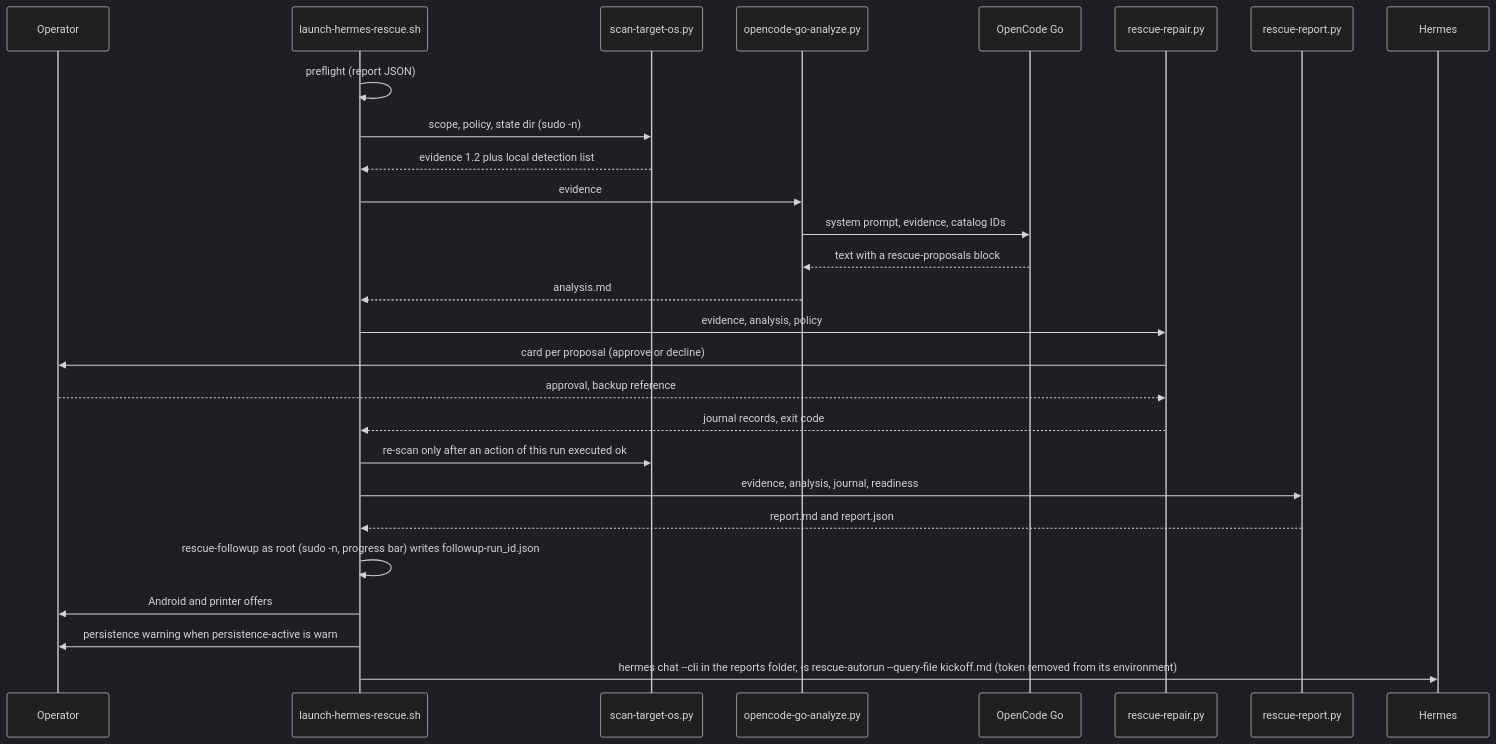
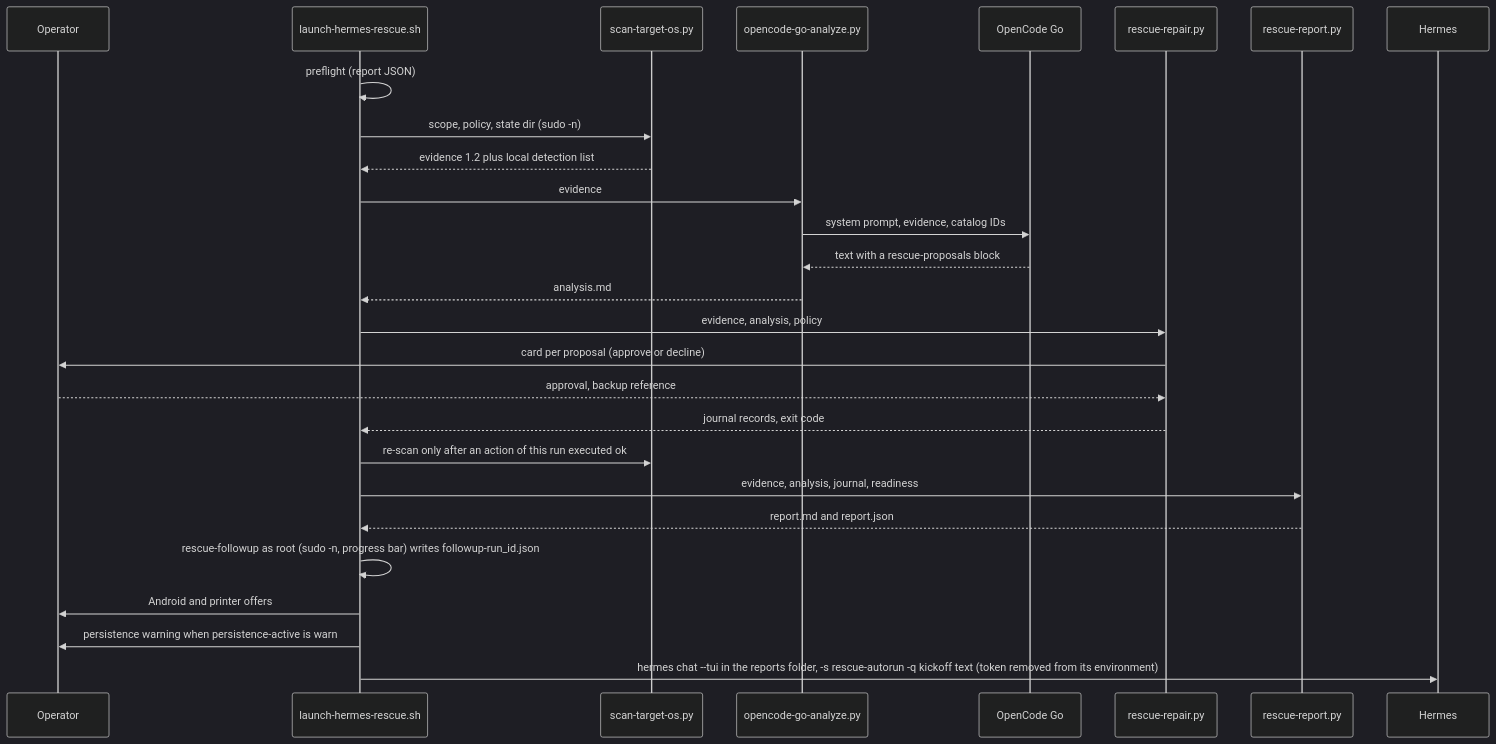
The fourth of 16 diagrams in docs/design.md (ahliweb/linux-mint-xfce-rescue-ai), drawn with Mermaid (dark theme) before and after one commit. The commit also changed other lines of this file and 3 other files, not shown here.

First line of the commit message:
feat: live kickoff keeps the Hermes TUI and seeds it with -q (#73)

````diff
--- a/docs/design.md
+++ b/docs/design.md
@@ -97,29 +97,29 @@
 ```mermaid
 sequenceDiagram
     participant Op as Operator
     participant L as launch-hermes-rescue.sh
     participant S as scan-target-os.py
     participant A as opencode-go-analyze.py
     participant G as OpenCode Go
     participant R as rescue-repair.py
     participant P as rescue-report.py
     participant H as Hermes
     L->>L: preflight (report JSON)
     L->>S: scope, policy, state dir (sudo -n)
     S-->>L: evidence 1.2 plus local detection list
     L->>A: evidence
     A->>G: system prompt, evidence, catalog IDs
     G-->>A: text with a rescue-proposals block
     A-->>L: analysis.md
     L->>R: evidence, analysis, policy
     R->>Op: card per proposal (approve or decline)
     Op-->>R: approval, backup reference
     R-->>L: journal records, exit code
     L->>S: re-scan only after an action of this run executed ok
     L->>P: evidence, analysis, journal, readiness
     P-->>L: report.md and report.json
     L->>L: rescue-followup as root (sudo -n, progress bar) writes followup-run_id.json
     L->>Op: Android and printer offers
     L->>Op: persistence warning when persistence-active is warn
-    L->>H: hermes chat --cli in the reports folder, -s rescue-autorun --query-file kickoff.md (token removed from its environment)
+    L->>H: hermes chat --tui in the reports folder, -s rescue-autorun -q kickoff text (token removed from its environment)
 ```
````
